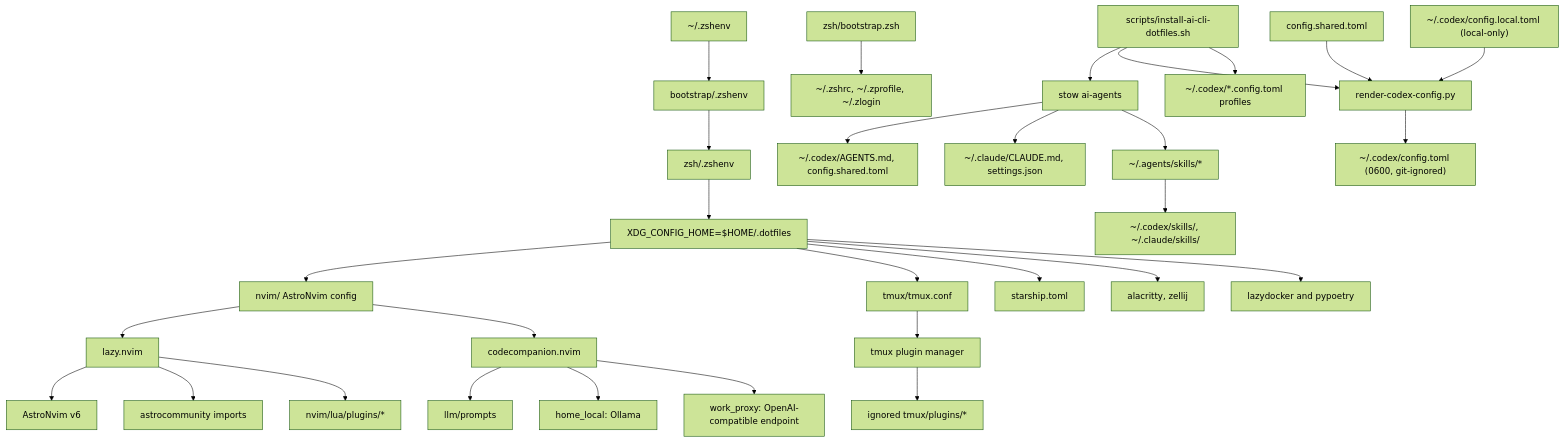
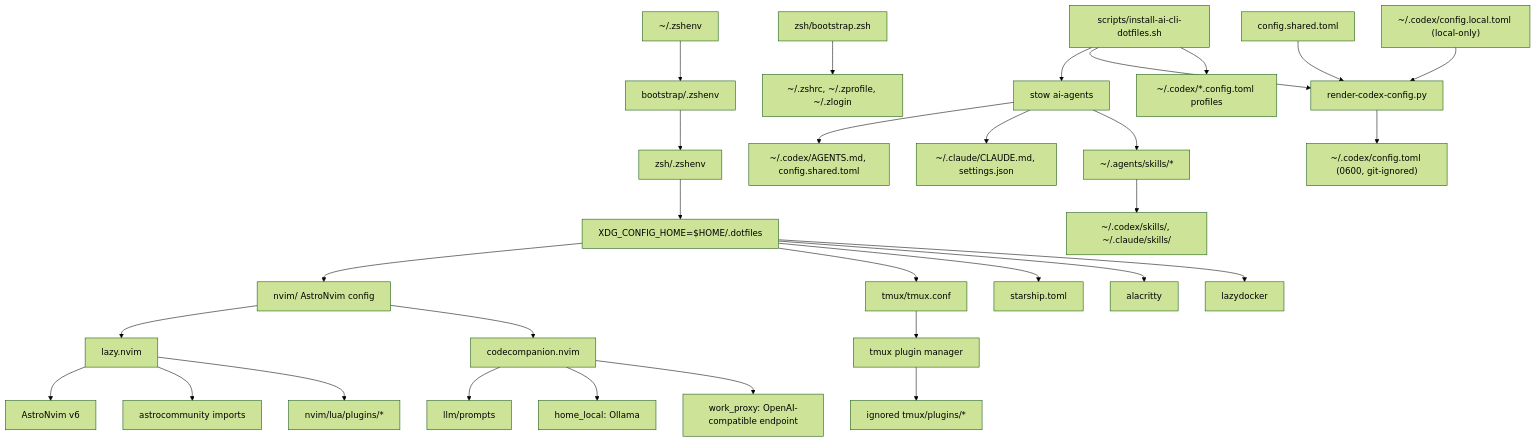
The diagram in AGENTS.md (therealalexmois/dotfiles), drawn with Mermaid (forest theme) before and after one commit. The commit also changed other lines of this file and 3 other files, not shown here.

Commit message:
chore: remove unused zellij and pypoetry configs

````diff
--- a/AGENTS.md
+++ b/AGENTS.md
@@ -134,35 +131,35 @@
 ```mermaid
 flowchart TD
   HomeZshEnv["~/.zshenv"] --> BootstrapZshEnv["bootstrap/.zshenv"]
   BootstrapZshEnv --> ZshEnv["zsh/.zshenv"]
   ZshEnv --> XDG["XDG_CONFIG_HOME=$HOME/.dotfiles"]
   XDG --> Nvim["nvim/ AstroNvim config"]
   XDG --> Tmux["tmux/tmux.conf"]
   XDG --> Starship["starship.toml"]
-  XDG --> Terminals["alacritty, zellij"]
-  XDG --> Tools["lazydocker and pypoetry"]
+  XDG --> Terminals["alacritty"]
+  XDG --> Tools["lazydocker"]
 
   Nvim --> Lazy["lazy.nvim"]
   Lazy --> Astro["AstroNvim v6"]
   Lazy --> Community["astrocommunity imports"]
   Lazy --> Plugins["nvim/lua/plugins/*"]
   Nvim --> AI["codecompanion.nvim"]
   AI --> Prompts["llm/prompts"]
   AI --> Ollama["home_local: Ollama"]
   AI --> WorkProxy["work_proxy: OpenAI-compatible endpoint"]
 
   Tmux --> Tpm["tmux plugin manager"]
   Tpm --> TmuxPlugins["ignored tmux/plugins/*"]
   ZshBootstrap["zsh/bootstrap.zsh"] --> ZshFiles["~/.zshrc, ~/.zprofile, ~/.zlogin"]
 
   Install["scripts/install-ai-cli-dotfiles.sh"] --> StowAI["stow ai-agents"]
   StowAI --> CodexLink["~/.codex/AGENTS.md, config.shared.toml"]
   StowAI --> ClaudeLink["~/.claude/CLAUDE.md, settings.json"]
   StowAI --> AgentsLink["~/.agents/skills/*"]
   Install --> Render["render-codex-config.py"]
   Render --> CodexCfg["~/.codex/config.toml (0600, git-ignored)"]
   CodexShared["config.shared.toml"] --> Render
   CodexLocal["~/.codex/config.local.toml (local-only)"] --> Render
   AgentsLink --> SkillLinks["~/.codex/skills/<skill>, ~/.claude/skills/<skill>"]
   Install --> ProfileLinks["~/.codex/*.config.toml profiles"]
 ```
````
